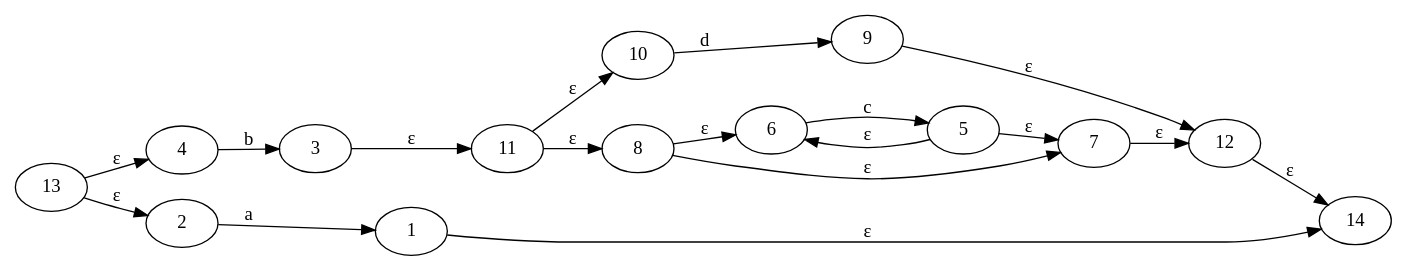
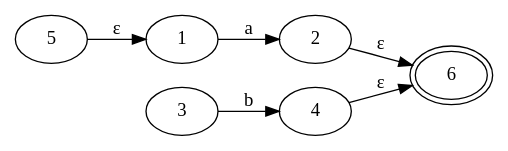
One commit to JuanZoran/Principle-of-compilation-from-scratch changed the diagram in lua_demo/README.md. Above: the diagram before and after it, drawn with Graphviz. The commit also changed other lines of this file and 4 other files, not shown here.

````diff
--- a/lua_demo/README.md
+++ b/lua_demo/README.md
@@ -13,24 +9,13 @@
 ```dot
-// Start State: 13
-// Final State: 14
+// Start State: 5
+// Final State: 6
 digraph {
 rankdir = LR
-13 -> 4 [label="ε"]
-4 -> 3 [label="b"]
-3 -> 11 [label="ε"]
-11 -> 10 [label="ε"]
-10 -> 9 [label="d"]
-9 -> 12 [label="ε"]
-12 -> 14 [label="ε"]
-11 -> 8 [label="ε"]
-8 -> 6 [label="ε"]
-6 -> 5 [label="c"]
-5 -> 6 [label="ε"]
-5 -> 7 [label="ε"]
-7 -> 12 [label="ε"]
-8 -> 7 [label="ε"]
-13 -> 2 [label="ε"]
-2 -> 1 [label="a"]
-1 -> 14 [label="ε"]
+6 [peripheries=2]
+1 -> 2 [label="a"]
+2 -> 6 [label="ε"]
+3 -> 4 [label="b"]
+4 -> 6 [label="ε"]
+5 -> 1 [label="ε"]
 }
 ```
````
